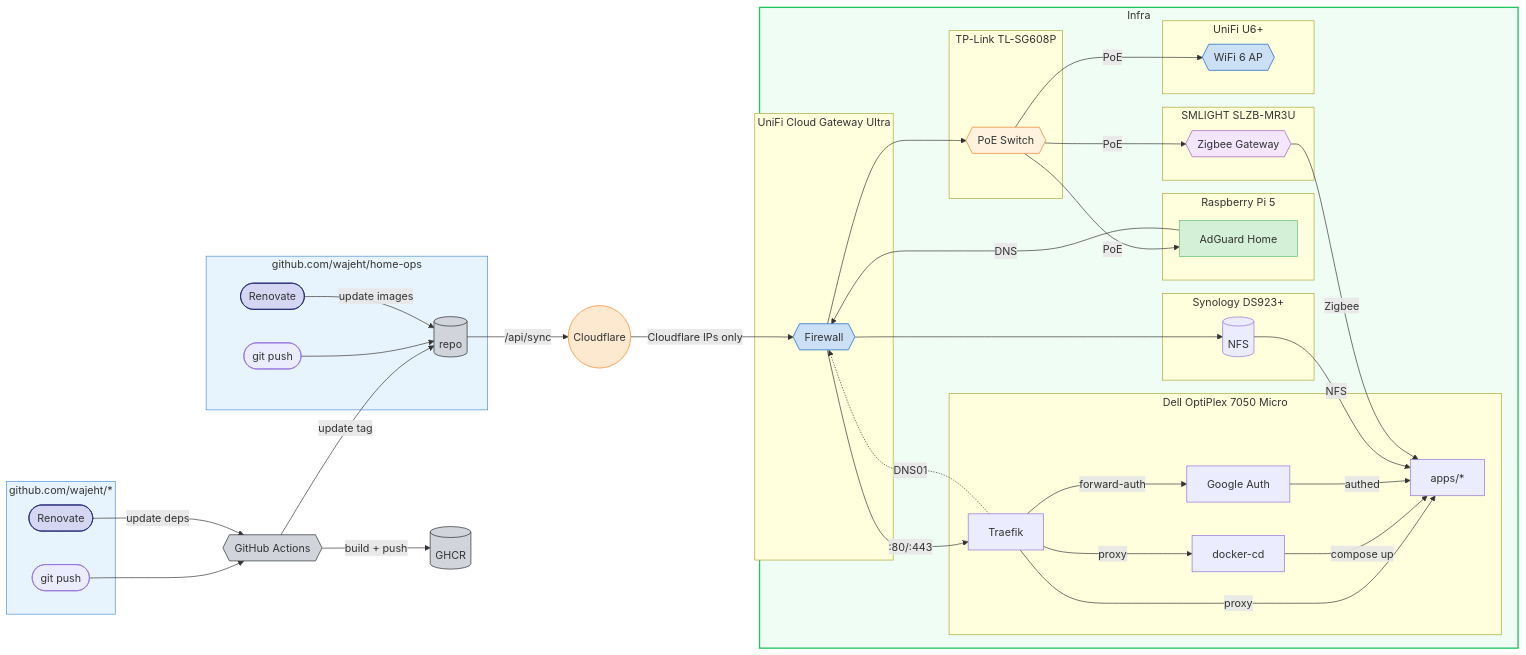
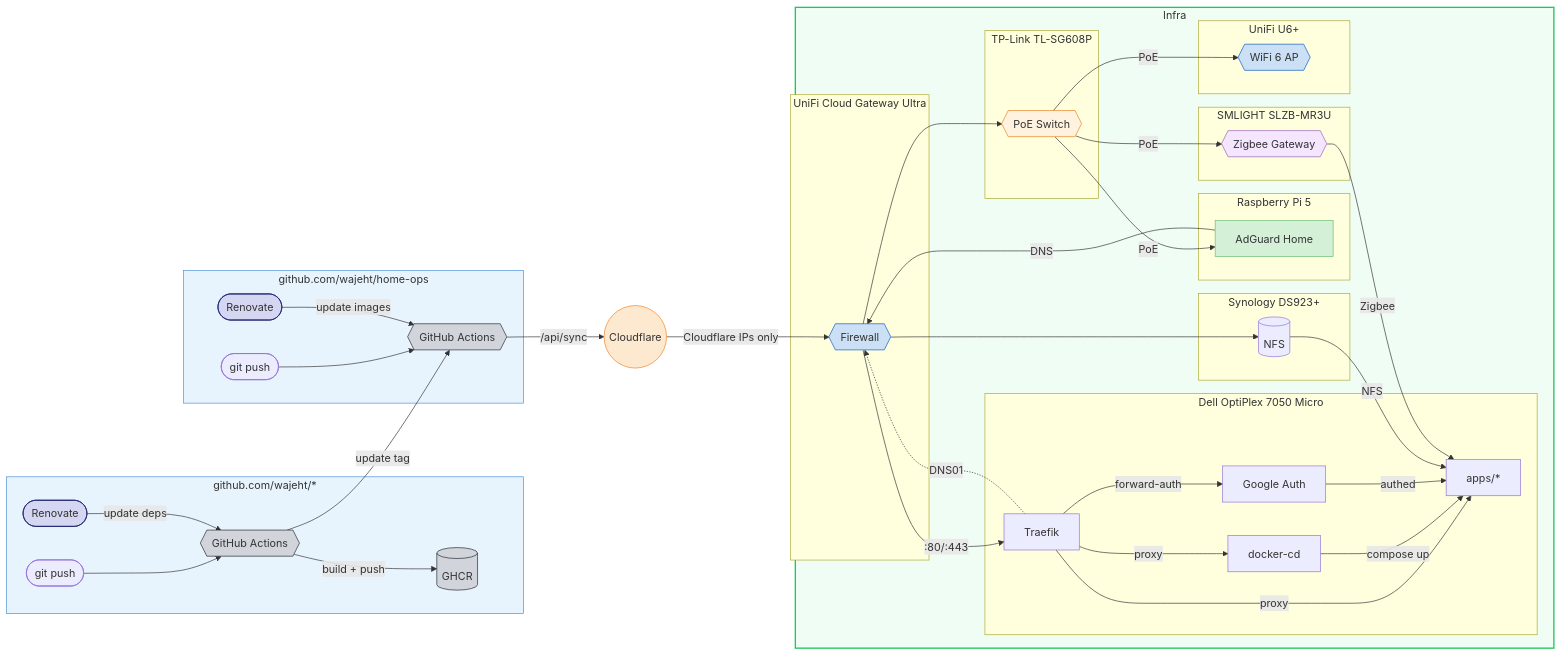
One commit to wajeht/home-ops changed the diagram in README.md. Above: the diagram before and after it, drawn with Mermaid.

Commit message:
docs: update architecture diagram to include ops_ci

````diff
--- a/README.md
+++ b/README.md
@@ -16,78 +16,80 @@
 ```mermaid
 flowchart LR
     subgraph app_repo[github.com/wajeht/*]
         app_push([git push])
         app_renovate([Renovate])
+        ci{{GitHub Actions}}
+        ghcr[(GHCR)]
     end
 
     subgraph ops_repo[github.com/wajeht/home-ops]
         ops_push([git push])
         ops_renovate([Renovate])
-        github[(repo)]
+        ops_ci{{GitHub Actions}}
     end
 
-    app_push --> ci{{GitHub Actions}} -->|build + push| ghcr[(GHCR)]
+    app_push --> ci -->|build + push| ghcr
     app_renovate -->|update deps| ci
-    ci -->|update tag| github
-    ops_push --> github
-    ops_renovate -->|update images| github
-    github -->|/api/sync| cf((Cloudflare)) -->|Cloudflare IPs only| unifi -->|:80/:443| traefik -->|proxy| apps
+    ci -->|update tag| ops_ci
+    ops_push --> ops_ci
+    ops_renovate -->|update images| ops_ci
+    ops_ci -->|/api/sync| cf((Cloudflare)) -->|Cloudflare IPs only| unifi -->|:80/:443| traefik -->|proxy| apps
 
     subgraph infra[Infra]
         subgraph dell[Dell OptiPlex 7050 Micro]
             docker_cd[docker-cd] -->|compose up| apps[apps/*]
             traefik[Traefik] -->|proxy| docker_cd
             traefik -->|forward-auth| google_auth[Google Auth] -->|authed| apps
         end
 
         subgraph nas[Synology DS923+]
             nfs[(NFS)]
         end
 
         subgraph ucg[UniFi Cloud Gateway Ultra]
             unifi{{Firewall}}
         end
 
         subgraph pi[Raspberry Pi 5]
             adguard[AdGuard Home]
         end
 
         subgraph slzb[SMLIGHT SLZB-MR3U]
             zigbee{{Zigbee Gateway}}
         end
 
         subgraph tplink[TP-Link TL-SG608P]
             poe{{PoE Switch}}
         end
 
         subgraph u6[UniFi U6+]
             ap{{WiFi 6 AP}}
         end
 
         nfs -->|NFS| apps
         adguard -->|DNS| unifi
         unifi --> nfs
         unifi --> poe
         poe -->|PoE| zigbee
         poe -->|PoE| adguard
         poe -->|PoE| ap
         zigbee -->|Zigbee| apps
     end
 
     traefik -.->|DNS01| unifi
 
     style app_repo fill:#e8f4fd,stroke:#4a90d9
     style ops_repo fill:#e8f4fd,stroke:#4a90d9
     style infra fill:#f0fdf4,stroke:#22c55e,stroke-width:2px
     style cf fill:#fde8d0,stroke:#f6821f,color:#333
-    style github fill:#d1d5db,stroke:#24292e,color:#333
     style ghcr fill:#d1d5db,stroke:#24292e,color:#333
-    style ci fill:#d1d5db,stroke:#24292e,color:#333
+    classDef gha fill:#d1d5db,stroke:#24292e,color:#333
+    class ci,ops_ci gha
     style app_renovate fill:#d5d7f2,stroke:#1a1f6c,color:#333
     style ops_renovate fill:#d5d7f2,stroke:#1a1f6c,color:#333
     style adguard fill:#d4f0d7,stroke:#68bc71,color:#333
     style unifi fill:#cce0f5,stroke:#0559c9,color:#333
     style zigbee fill:#f5e6ff,stroke:#9b59b6,color:#333
     style poe fill:#fff3e0,stroke:#e67e22,color:#333
     style ap fill:#cce0f5,stroke:#0559c9,color:#333
 ```
````
